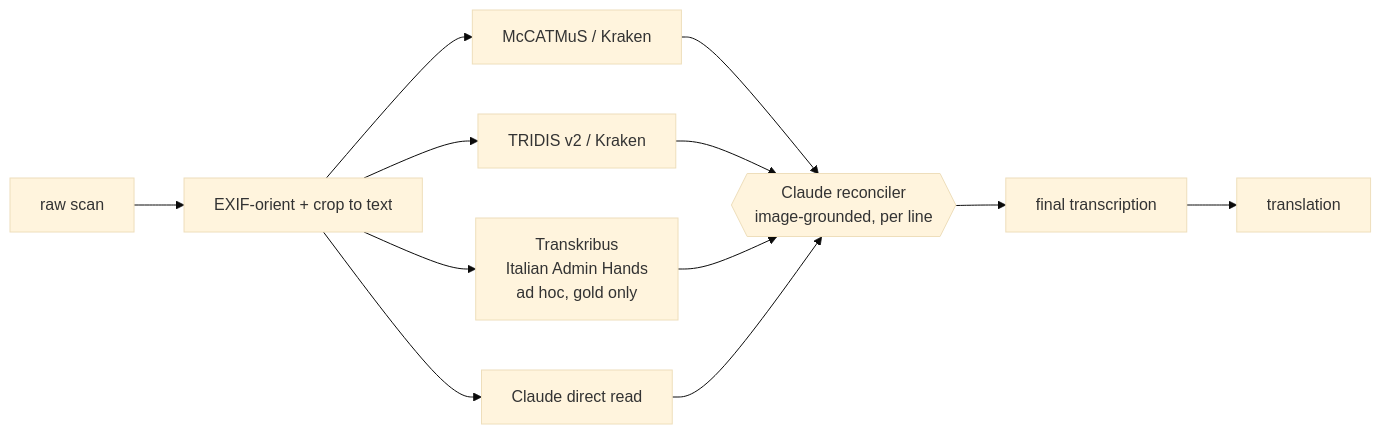
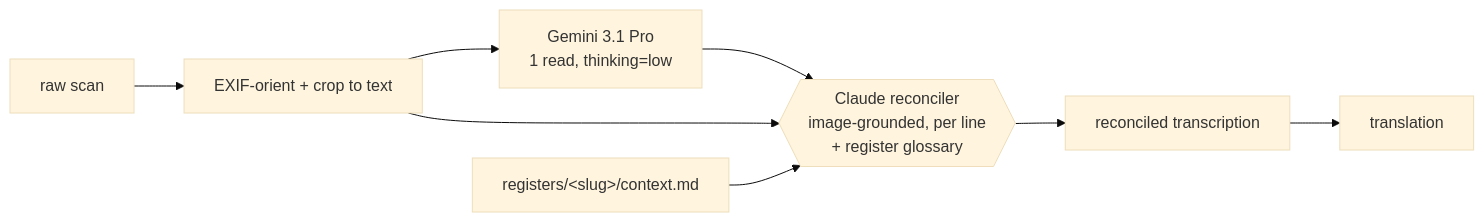
The diagram in README.md (brokenlander/diocesan-htr), drawn with Mermaid (base theme) before and after one commit. The commit also changed other lines of this file and 530 other files, not shown here.

First line of the commit message:
Gemini-3.1 read + Claude image-grounded reconcile: all 383 pages reconciled

````diff
--- a/README.md
+++ b/README.md
@@ -45,14 +48,10 @@
 ```mermaid
 flowchart LR
     A[raw scan] --> B[EXIF-orient + crop to text]
-    B --> C[McCATMuS / Kraken]
-    B --> D[TRIDIS v2 / Kraken]
-    B --> E[Transkribus<br/>Italian Admin Hands<br/>ad hoc, gold only]
-    B --> F[Claude direct read]
-    C --> G{{Claude reconciler<br/>image-grounded, per line}}
-    D --> G
-    E --> G
-    F --> G
-    G --> H[final transcription]
-    H --> I[translation]
+    B --> C[Gemini 3.1 Pro<br/>1 read, thinking=low]
+    C --> D{{Claude reconciler<br/>image-grounded, per line<br/>+ register glossary}}
+    B --> D
+    E[registers/&lt;slug&gt;/context.md] --> D
+    D --> F[reconciled transcription]
+    F --> G[translation]
 ```
````
